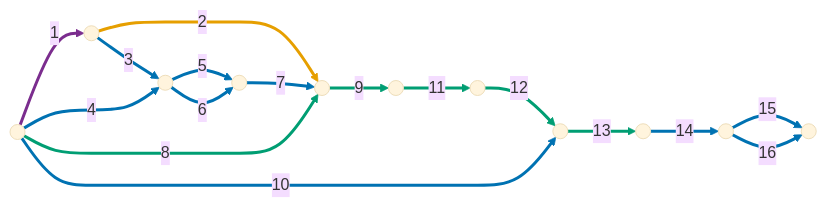
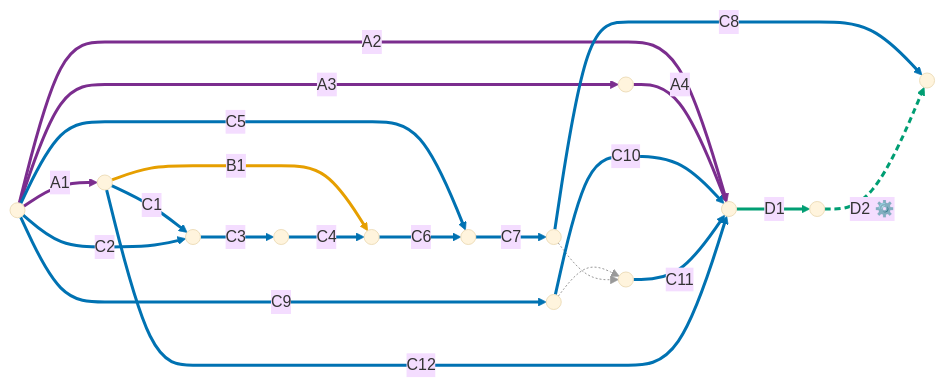
The diagram in docs/en-us/publish-internal-testing.md (monamienet/monamie-app), drawn with Mermaid (base theme) before and after one commit. The commit also changed other lines of this file and 5 other files, not shown here.

````diff
--- a/docs/en-us/publish-internal-testing.md
+++ b/docs/en-us/publish-internal-testing.md
@@ -221,45 +25,50 @@
 ```mermaid
 flowchart LR
-    A((" "))
-    B((" "))
-    H((" "))
-    I((" "))
-    K((" "))
-    L((" "))
-    M((" "))
-    O((" "))
-    P((" "))
-    Q((" "))
-    R((" "))
+    nS((" "))
+    nK((" "))
+    nW((" "))
+    nF1((" "))
+    nF2((" "))
+    nB((" "))
+    nU((" "))
+    nP((" "))
+    nSA((" "))
+    nI((" "))
+    nCI((" "))
+    nM((" "))
+    nE((" "))
 
-    A -->|1| B
-    A -->|4| H
-    A -->|8| K
-    A -->|10| O
-
-    B -->|2| K
-    B -->|3| H
-
-    H -->|5| I
-    H -->|6| I
-
-    I -->|7| K
-
-    K -->|9| L
-    L -->|11| M
-    M -->|12| O
-
-    O -->|13| P
-    P -->|14| Q
-    Q -->|15| R
-    Q -->|16| R
+    nS -->|A1| nK
+    nS -->|A2| nCI
+    nS -->|A3| nW
+    nW -->|A4| nCI
+    nK -->|B1| nB
+    nK -->|C1| nF1
+    nS -->|C2| nF1
+    nF1 -->|C3| nF2
+    nF2 -->|C4| nB
+    nS -->|C5| nU
+    nB -->|C6| nU
+    nU -->|C7| nP
+    nP -->|C8| nE
+    nS -->|C9| nSA
+    nSA -.-> nI
+    nP -.-> nI
+    nSA -->|C10| nCI
+    nI -->|C11| nCI
+    nK -->|C12| nCI
+    nCI -->|D1| nM
+    nM -->|D2 ⚙️| nE
 
     %% once for the company (purple)
-    linkStyle 0 stroke:#7b2d8e,stroke-width:3px
+    linkStyle 0,1,2,3 stroke:#7b2d8e,stroke-width:3px
     %% once per machine (orange)
     linkStyle 4 stroke:#e69f00,stroke-width:3px
     %% once per app (blue)
-    linkStyle 1,3,5,6,7,8,13,14,15 stroke:#0072b2,stroke-width:3px
-    %% every version (green)
-    linkStyle 2,9,10,11,12 stroke:#009e73,stroke-width:3px
+    linkStyle 5,6,7,8,9,10,11,12,13,16,17,18 stroke:#0072b2,stroke-width:3px
+    %% dependency only, no work (gray)
+    linkStyle 14,15 stroke:#999999,stroke-width:1px
+    %% every version: manual (green) and automatic (dashed green)
+    linkStyle 19 stroke:#009e73,stroke-width:3px
+    linkStyle 20 stroke:#009e73,stroke-width:3px,stroke-dasharray:6 4
 ```
````
